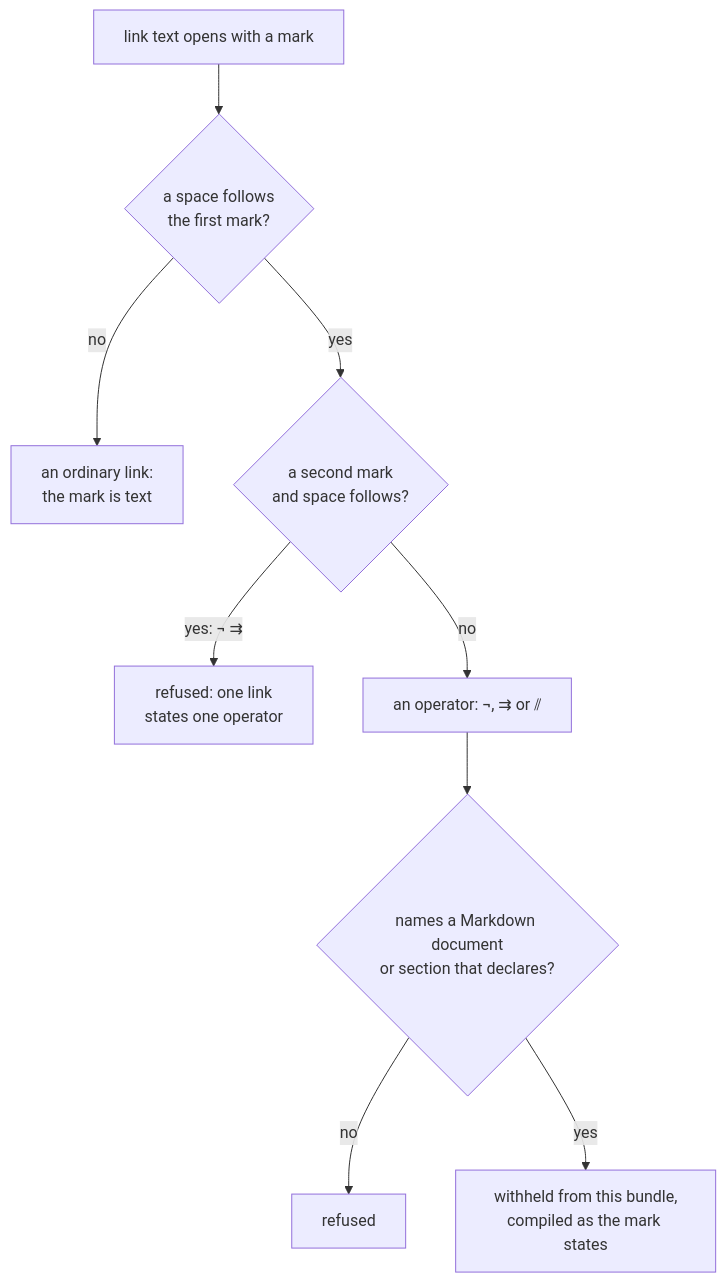
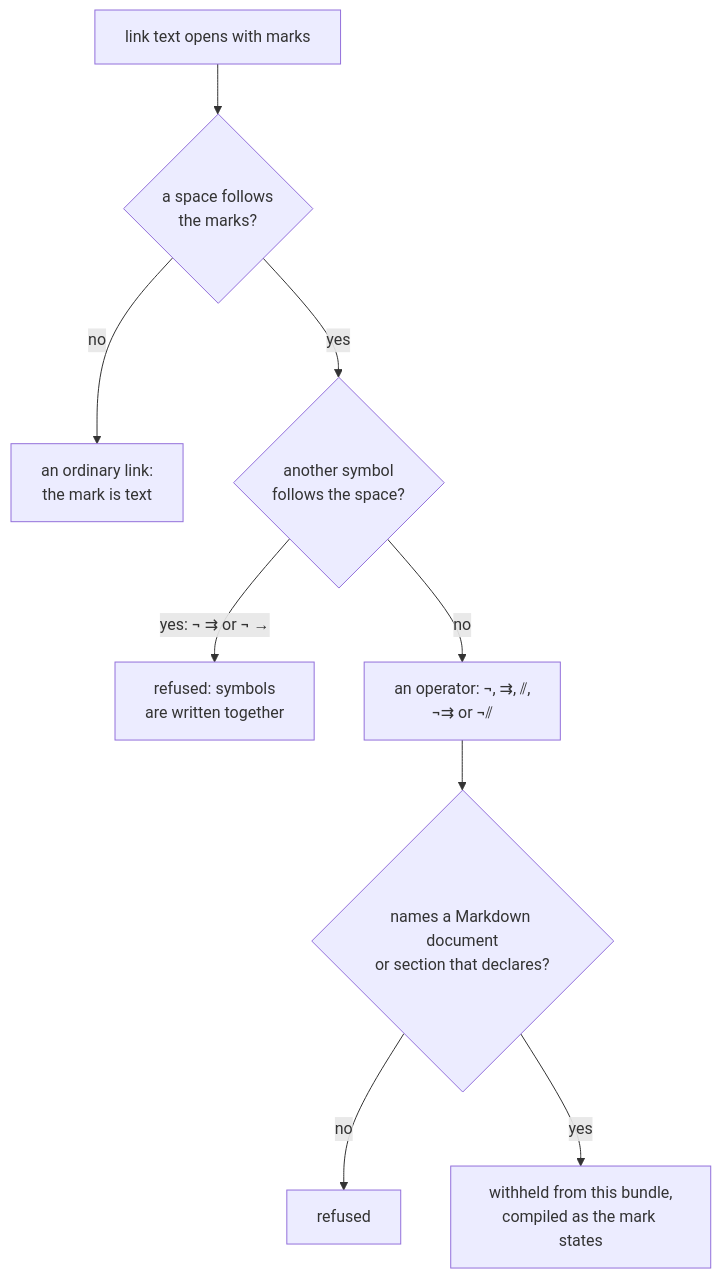
One commit to m2ux/prosiform changed the second of 2 diagrams in docs/references.md. Above: the diagram before and after it, drawn with Mermaid. The commit also changed other lines of this file and 21 other files, not shown here.

First line of the commit message:
write operator symbols together, reading the deferral mark against a glyph as a deferred directive

````diff
--- a/docs/references.md
+++ b/docs/references.md
@@ -83,11 +83,11 @@
 ```mermaid
 flowchart TD
-  Text["link text opens with a mark"] --> Space{"a space follows<br/>the first mark?"}
+  Text["link text opens with marks"] --> Space{"a space follows<br/>the marks?"}
   Space -- no --> Plain["an ordinary link:<br/>the mark is text"]
-  Space -- yes --> Second{"a second mark<br/>and space follows?"}
-  Second -- "yes: ¬ ⇉" --> Refused["refused: one link<br/>states one operator"]
-  Second -- no --> Operator["an operator: ¬, ⇉ or ⫽"]
+  Space -- yes --> Second{"another symbol<br/>follows the space?"}
+  Second -- "yes: ¬ ⇉ or ¬ →" --> Refused["refused: symbols<br/>are written together"]
+  Second -- no --> Operator["an operator: ¬, ⇉, ⫽,<br/>¬⇉ or ¬⫽"]
   Operator --> Target{"names a Markdown document<br/>or section that declares?"}
   Target -- no --> RefusedToo["refused"]
   Target -- yes --> Withheld["withheld from this bundle,<br/>compiled as the mark states"]
 ```
````
